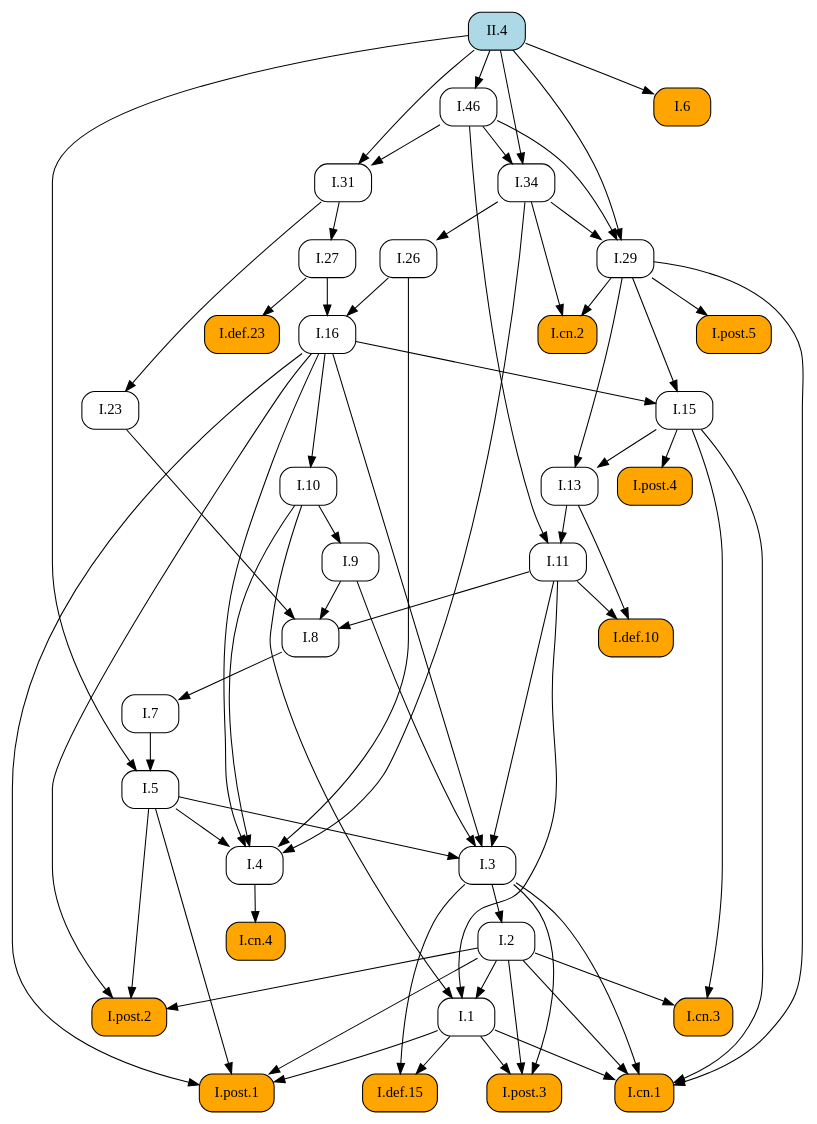
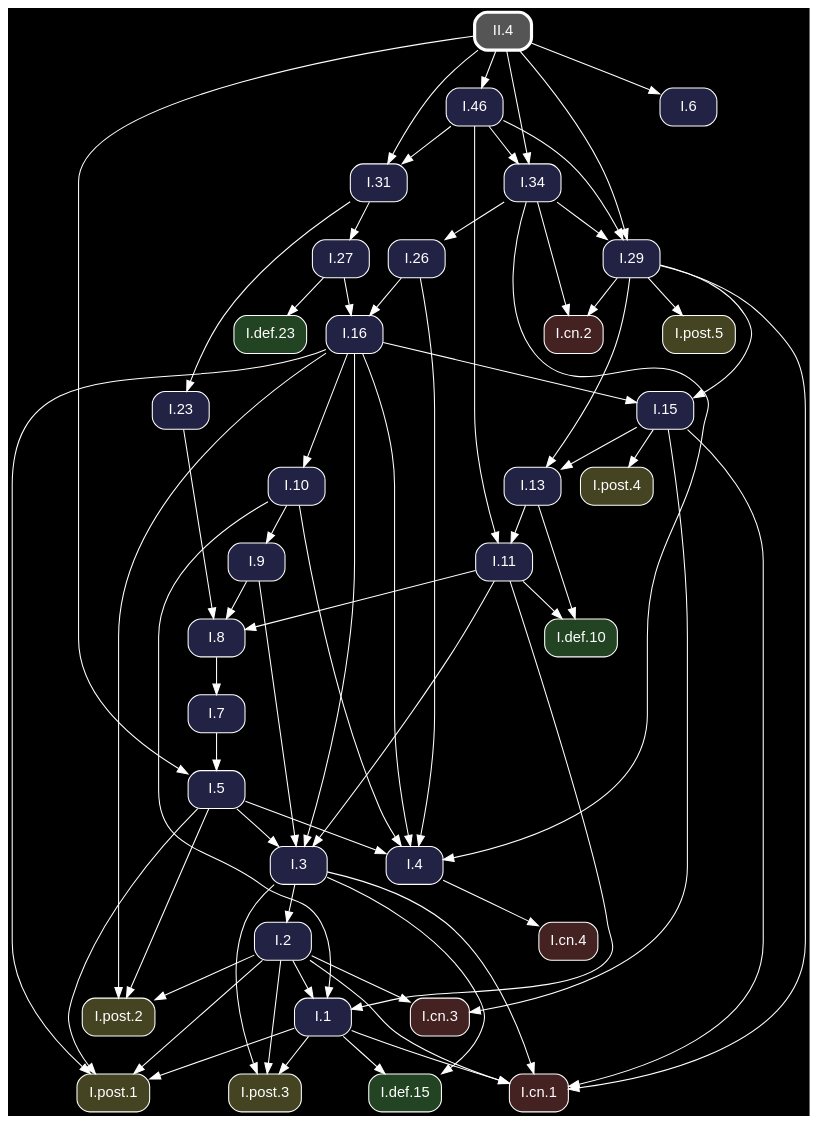
Before and after one commit to geometor/elements: the diagram in docsrc/heath/II/4/index.rst, drawn with Graphviz. The commit also changed other lines of this file and 1200 other files, not shown here.

Commit message:
update dependency graphs

```diff
--- a/docsrc/heath/II/4/index.rst
+++ b/docsrc/heath/II/4/index.rst
@@ -110,60 +110,47 @@
 .. graphviz::
 
    digraph {
+     bgcolor="black";
+     node [shape=box, style="rounded,filled", fontname="Helvetica", color="white", fontcolor="white"];
+     edge [color="white", fontcolor="white"];
      rankdir="TB";
-     node [shape=box, style=rounded];
-     "I.23" [URL="/heath/I/23/", target="_top"];
-     "I.9" [URL="/heath/I/9/", target="_top"];
-     "I.def.15" [style="rounded,filled", fillcolor=orange, URL="/heath/I/def.15/", target="_top"];
-     "I.post.3" [style="rounded,filled", fillcolor=orange, URL="/heath/I/post.3/", target="_top"];
-     "I.post.1" [style="rounded,filled", fillcolor=orange, URL="/heath/I/post.1/", target="_top"];
-     "I.31" [URL="/heath/I/31/", target="_top"];
-     "I.def.10" [style="rounded,filled", fillcolor=orange, URL="/heath/I/def.10/", target="_top"];
-     "I.27" [URL="/heath/I/27/", target="_top"];
-     "II.4" [style="rounded,filled", fillcolor=lightblue, URL="/heath/II/4/", target="_top"];
-     "I.34" [URL="/heath/I/34/", target="_top"];
-     "I.3" [URL="/heath/I/3/", target="_top"];
-     "I.cn.1" [style="rounded,filled", fillcolor=orange, URL="/heath/I/cn.1/", target="_top"];
-     "I.7" [URL="/heath/I/7/", target="_top"];
-     "I.2" [URL="/heath/I/2/", target="_top"];
-     "I.13" [URL="/heath/I/13/", target="_top"];
-     "I.post.4" [style="rounded,filled", fillcolor=orange, URL="/heath/I/post.4/", target="_top"];
-     "I.4" [URL="/heath/I/4/", target="_top"];
-     "I.1" [URL="/heath/I/1/", target="_top"];
-     "I.5" [URL="/heath/I/5/", target="_top"];
-     "I.8" [URL="/heath/I/8/", target="_top"];
-     "I.29" [URL="/heath/I/29/", target="_top"];
-     "I.cn.3" [style="rounded,filled", fillcolor=orange, URL="/heath/I/cn.3/", target="_top"];
-     "I.16" [URL="/heath/I/16/", target="_top"];
-     "I.15" [URL="/heath/I/15/", target="_top"];
-     "I.10" [URL="/heath/I/10/", target="_top"];
-     "I.11" [URL="/heath/I/11/", target="_top"];
-     "I.def.23" [style="rounded,filled", fillcolor=orange, URL="/heath/I/def.23/", target="_top"];
-     "I.cn.2" [style="rounded,filled", fillcolor=orange, URL="/heath/I/cn.2/", target="_top"];
-     "I.post.5" [style="rounded,filled", fillcolor=orange, URL="/heath/I/post.5/", target="_top"];
-     "I.cn.4" [style="rounded,filled", fillcolor=orange, URL="/heath/I/cn.4/", target="_top"];
-     "I.post.2" [style="rounded,filled", fillcolor=orange, URL="/heath/I/post.2/", target="_top"];
-     "I.46" [URL="/heath/I/46/", target="_top"];
-     "I.26" [URL="/heath/I/26/", target="_top"];
-     "I.6" [style="rounded,filled", fillcolor=orange, URL="/heath/I/6/", target="_top"];
-     "I.31" -> "I.23";
-     "I.10" -> "I.9";
-     "I.1" -> "I.def.15";
-     "I.3" -> "I.def.15";
-     "I.1" -> "I.post.3";
-     "I.2" -> "I.post.3";
-     "I.3" -> "I.post.3";
-     "I.1" -> "I.post.1";
-     "I.2" -> "I.post.1";
-     "I.5" -> "I.post.1";
-     "I.16" -> "I.post.1";
+     "I.31" [fillcolor="#222244", URL="/heath/I/31/", target="_top"];
+     "I.6" [fillcolor="#222244", URL="/heath/I/6/", target="_top"];
+     "I.3" [fillcolor="#222244", URL="/heath/I/3/", target="_top"];
+     "I.cn.1" [fillcolor="#442222", URL="/heath/I/cn.1/", target="_top"];
+     "I.def.10" [fillcolor="#224422", URL="/heath/I/def.10/", target="_top"];
+     "I.15" [fillcolor="#222244", URL="/heath/I/15/", target="_top"];
+     "I.13" [fillcolor="#222244", URL="/heath/I/13/", target="_top"];
+     "I.27" [fillcolor="#222244", URL="/heath/I/27/", target="_top"];
+     "I.2" [fillcolor="#222244", URL="/heath/I/2/", target="_top"];
+     "I.cn.2" [fillcolor="#442222", URL="/heath/I/cn.2/", target="_top"];
+     "I.9" [fillcolor="#222244", URL="/heath/I/9/", target="_top"];
+     "I.1" [fillcolor="#222244", URL="/heath/I/1/", target="_top"];
+     "I.post.5" [fillcolor="#444422", URL="/heath/I/post.5/", target="_top"];
+     "I.post.4" [fillcolor="#444422", URL="/heath/I/post.4/", target="_top"];
+     "I.23" [fillcolor="#222244", URL="/heath/I/23/", target="_top"];
+     "I.26" [fillcolor="#222244", URL="/heath/I/26/", target="_top"];
+     "I.8" [fillcolor="#222244", URL="/heath/I/8/", target="_top"];
+     "I.4" [fillcolor="#222244", URL="/heath/I/4/", target="_top"];
+     "I.7" [fillcolor="#222244", URL="/heath/I/7/", target="_top"];
+     "I.5" [fillcolor="#222244", URL="/heath/I/5/", target="_top"];
+     "I.10" [fillcolor="#222244", URL="/heath/I/10/", target="_top"];
+     "I.46" [fillcolor="#222244", URL="/heath/I/46/", target="_top"];
+     "I.post.1" [fillcolor="#444422", URL="/heath/I/post.1/", target="_top"];
+     "I.11" [fillcolor="#222244", URL="/heath/I/11/", target="_top"];
+     "I.16" [fillcolor="#222244", URL="/heath/I/16/", target="_top"];
+     "I.cn.3" [fillcolor="#442222", URL="/heath/I/cn.3/", target="_top"];
+     "I.post.2" [fillcolor="#444422", URL="/heath/I/post.2/", target="_top"];
+     "I.29" [fillcolor="#222244", URL="/heath/I/29/", target="_top"];
+     "I.cn.4" [fillcolor="#442222", URL="/heath/I/cn.4/", target="_top"];
+     "I.def.23" [fillcolor="#224422", URL="/heath/I/def.23/", target="_top"];
+     "I.post.3" [fillcolor="#444422", URL="/heath/I/post.3/", target="_top"];
+     "I.34" [fillcolor="#222244", URL="/heath/I/34/", target="_top"];
+     "I.def.15" [fillcolor="#224422", URL="/heath/I/def.15/", target="_top"];
+     "II.4" [penwidth=3, color="white", fillcolor="#555555", URL="/heath/II/4/", target="_top"];
      "I.46" -> "I.31";
      "II.4" -> "I.31";
-     "I.11" -> "I.def.10";
-     "I.13" -> "I.def.10";
-     "I.31" -> "I.27";
-     "I.46" -> "I.34";
-     "II.4" -> "I.34";
+     "II.4" -> "I.6";
      "I.5" -> "I.3";
      "I.9" -> "I.3";
      "I.11" -> "I.3";
@@ -173,45 +160,60 @@
      "I.3" -> "I.cn.1";
      "I.15" -> "I.cn.1";
      "I.29" -> "I.cn.1";
-     "I.8" -> "I.7";
-     "I.3" -> "I.2";
+     "I.11" -> "I.def.10";
+     "I.13" -> "I.def.10";
+     "I.16" -> "I.15";
+     "I.29" -> "I.15";
      "I.15" -> "I.13";
      "I.29" -> "I.13";
+     "I.31" -> "I.27";
+     "I.3" -> "I.2";
+     "I.29" -> "I.cn.2";
+     "I.34" -> "I.cn.2";
+     "I.10" -> "I.9";
+     "I.2" -> "I.1";
+     "I.10" -> "I.1";
+     "I.11" -> "I.1";
+     "I.29" -> "I.post.5";
      "I.15" -> "I.post.4";
+     "I.31" -> "I.23";
+     "I.34" -> "I.26";
+     "I.9" -> "I.8";
+     "I.11" -> "I.8";
+     "I.23" -> "I.8";
      "I.5" -> "I.4";
      "I.10" -> "I.4";
      "I.16" -> "I.4";
      "I.26" -> "I.4";
      "I.34" -> "I.4";
-     "I.2" -> "I.1";
-     "I.10" -> "I.1";
-     "I.11" -> "I.1";
+     "I.8" -> "I.7";
      "I.7" -> "I.5";
      "II.4" -> "I.5";
-     "I.9" -> "I.8";
-     "I.11" -> "I.8";
-     "I.23" -> "I.8";
+     "I.16" -> "I.10";
+     "II.4" -> "I.46";
+     "I.1" -> "I.post.1";
+     "I.2" -> "I.post.1";
+     "I.5" -> "I.post.1";
+     "I.16" -> "I.post.1";
+     "I.13" -> "I.11";
+     "I.46" -> "I.11";
+     "I.26" -> "I.16";
+     "I.27" -> "I.16";
+     "I.2" -> "I.cn.3";
+     "I.15" -> "I.cn.3";
+     "I.2" -> "I.post.2";
+     "I.5" -> "I.post.2";
+     "I.16" -> "I.post.2";
      "I.34" -> "I.29";
      "I.46" -> "I.29";
      "II.4" -> "I.29";
-     "I.2" -> "I.cn.3";
-     "I.15" -> "I.cn.3";
-     "I.26" -> "I.16";
-     "I.27" -> "I.16";
-     "I.16" -> "I.15";
-     "I.29" -> "I.15";
-     "I.16" -> "I.10";
-     "I.13" -> "I.11";
-     "I.46" -> "I.11";
+     "I.4" -> "I.cn.4";
      "I.27" -> "I.def.23";
-     "I.29" -> "I.cn.2";
-     "I.34" -> "I.cn.2";
-     "I.29" -> "I.post.5";
-     "I.4" -> "I.cn.4";
-     "I.2" -> "I.post.2";
-     "I.5" -> "I.post.2";
-     "I.16" -> "I.post.2";
-     "II.4" -> "I.46";
-     "I.34" -> "I.26";
-     "II.4" -> "I.6";
+     "I.1" -> "I.post.3";
+     "I.2" -> "I.post.3";
+     "I.3" -> "I.post.3";
+     "I.46" -> "I.34";
+     "II.4" -> "I.34";
+     "I.1" -> "I.def.15";
+     "I.3" -> "I.def.15";
    }
```
